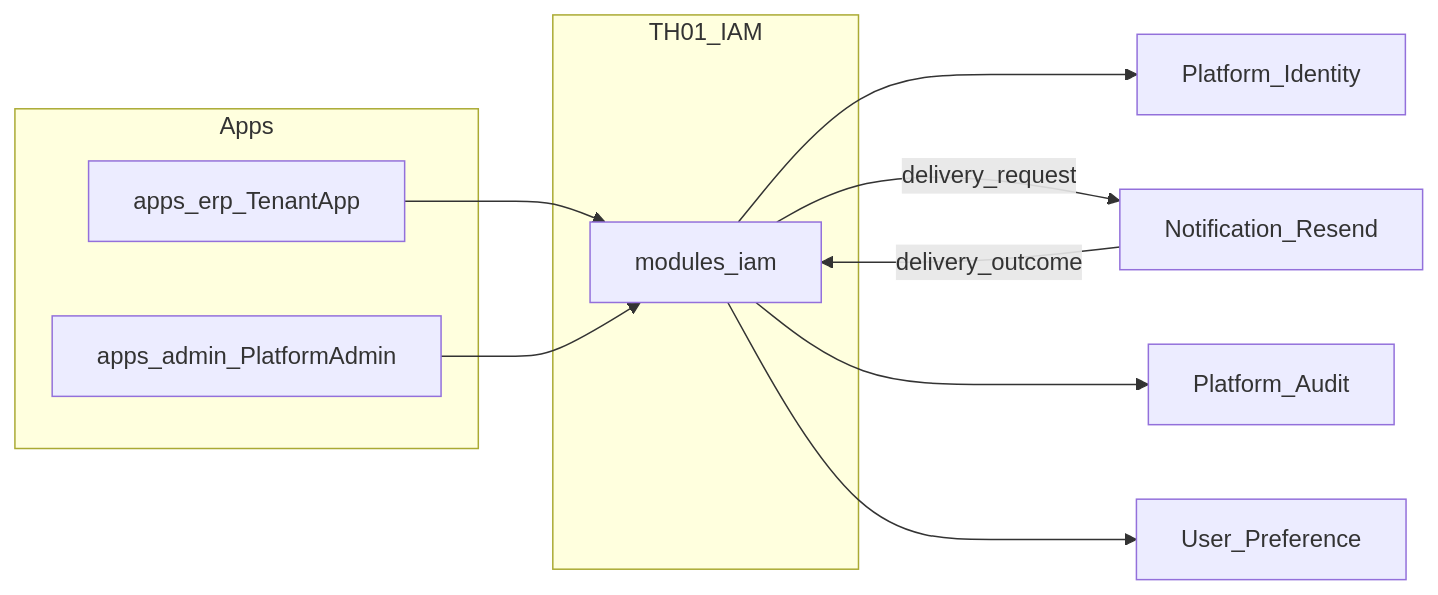
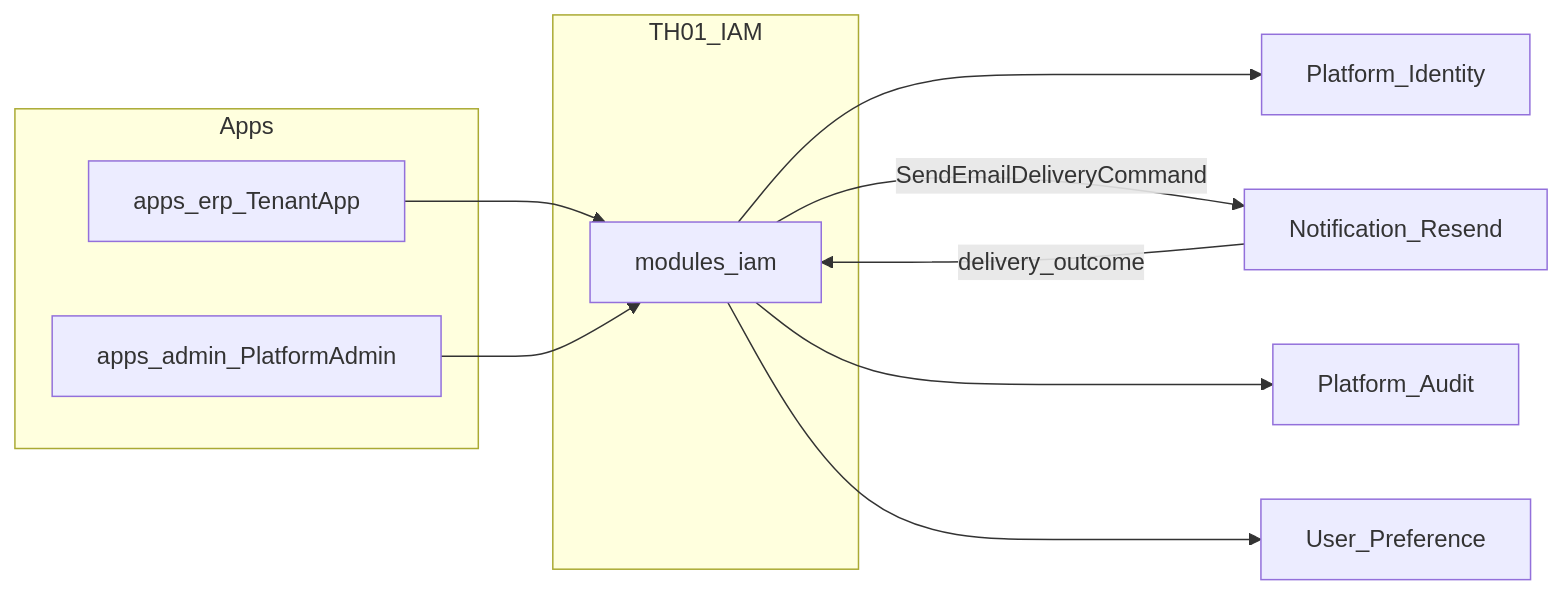
One commit to DsChien102/erp-sales-inventory changed the diagram in docs/themes/TH-01-organization-users/harness/02-module-map.md. Above: the diagram before and after it, drawn with Mermaid. The commit also changed other lines of this file and 5 other files, not shown here.

First line of the commit message:
feat(organization-users): enhance messaging architecture and documentation

````diff
--- a/docs/themes/TH-01-organization-users/harness/02-module-map.md
+++ b/docs/themes/TH-01-organization-users/harness/02-module-map.md
@@ -20,22 +20,22 @@
 ```mermaid
 flowchart LR
   subgraph apps [Apps]
     ERP[apps_erp_TenantApp]
     Admin[apps_admin_PlatformAdmin]
   end
   subgraph th01 [TH01_IAM]
     IAM[modules_iam]
   end
   Identity[Platform_Identity]
   Notif[Notification_Resend]
   Audit[Platform_Audit]
   Pref[User_Preference]
 
   ERP --> IAM
   Admin --> IAM
   IAM --> Identity
-  IAM -->|delivery_request| Notif
+  IAM -->|SendEmailDeliveryCommand| Notif
   Notif -->|delivery_outcome| IAM
   IAM --> Audit
   IAM --> Pref
 ```
````
